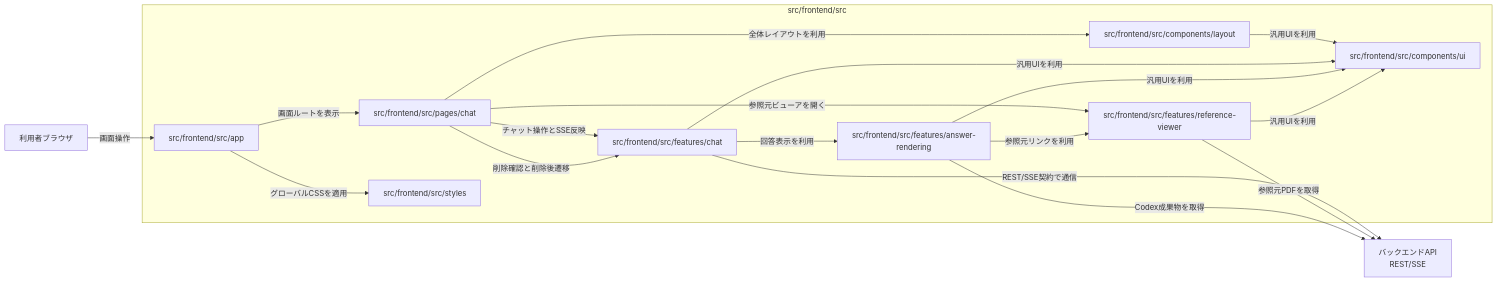
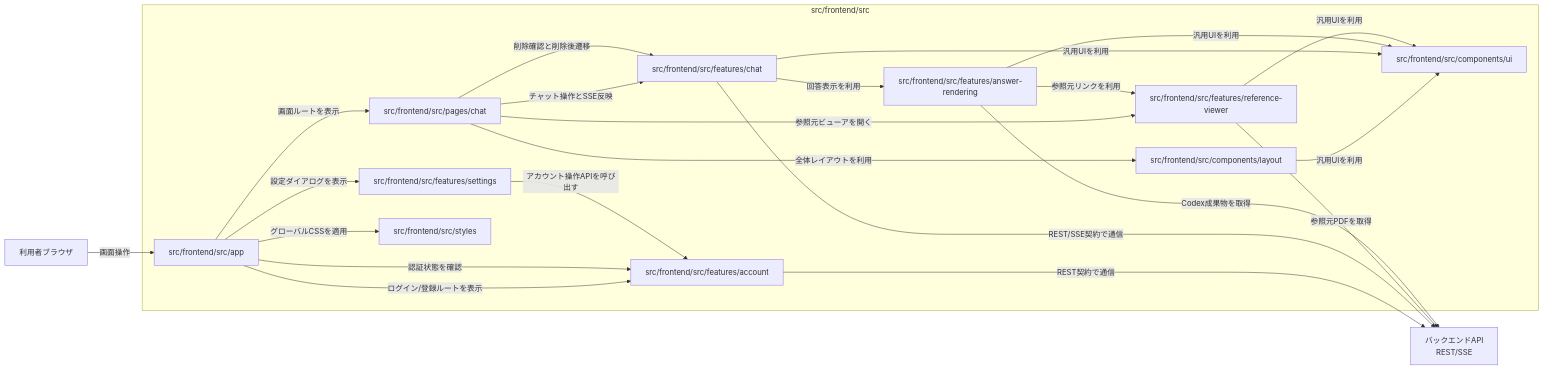
The second of 5 diagrams in docs/03_内部設計/01_アーキテクチャ設計/アーキテクチャ設計.md (mincsys/D-Concierge), drawn with Mermaid before and after one commit. The commit also changed other lines of this file and 83 other files, not shown here.

````diff
--- a/docs/03_内部設計/01_アーキテクチャ設計/アーキテクチャ設計.md
+++ b/docs/03_内部設計/01_アーキテクチャ設計/アーキテクチャ設計.md
@@ -113,33 +118,40 @@
 ```mermaid
 flowchart LR
     browser["利用者ブラウザ"]
     backend_api["バックエンドAPI<br>REST/SSE"]
 
     subgraph frontend_src["src/frontend/src"]
         app["src/frontend/src/app"]
         chat_page["src/frontend/src/pages/chat"]
+        account_feature["src/frontend/src/features/account"]
+        settings_feature["src/frontend/src/features/settings"]
         chat_feature["src/frontend/src/features/chat"]
         answer_feature["src/frontend/src/features/answer-rendering"]
         reference_feature["src/frontend/src/features/reference-viewer"]
         layout["src/frontend/src/components/layout"]
         ui["src/frontend/src/components/ui"]
         styles["src/frontend/src/styles"]
     end
 
     browser -->|画面操作| app
+    app -->|ログイン/登録ルートを表示| account_feature
+    app -->|認証状態を確認| account_feature
+    app -->|設定ダイアログを表示| settings_feature
     app -->|画面ルートを表示| chat_page
     app -->|グローバルCSSを適用| styles
     chat_page -->|全体レイアウトを利用| layout
     chat_page -->|チャット操作とSSE反映| chat_feature
     chat_page -->|削除確認と削除後遷移| chat_feature
     chat_page -->|参照元ビューアを開く| reference_feature
     chat_feature -->|回答表示を利用| answer_feature
     answer_feature -->|参照元リンクを利用| reference_feature
     layout -->|汎用UIを利用| ui
     chat_feature -->|汎用UIを利用| ui
     answer_feature -->|汎用UIを利用| ui
     reference_feature -->|汎用UIを利用| ui
+    settings_feature -->|アカウント操作APIを呼び出す| account_feature
+    account_feature -->|REST契約で通信| backend_api
     chat_feature -->|REST/SSE契約で通信| backend_api
     reference_feature -->|参照元PDFを取得| backend_api
     answer_feature -->|Codex成果物を取得| backend_api
 ```
````
